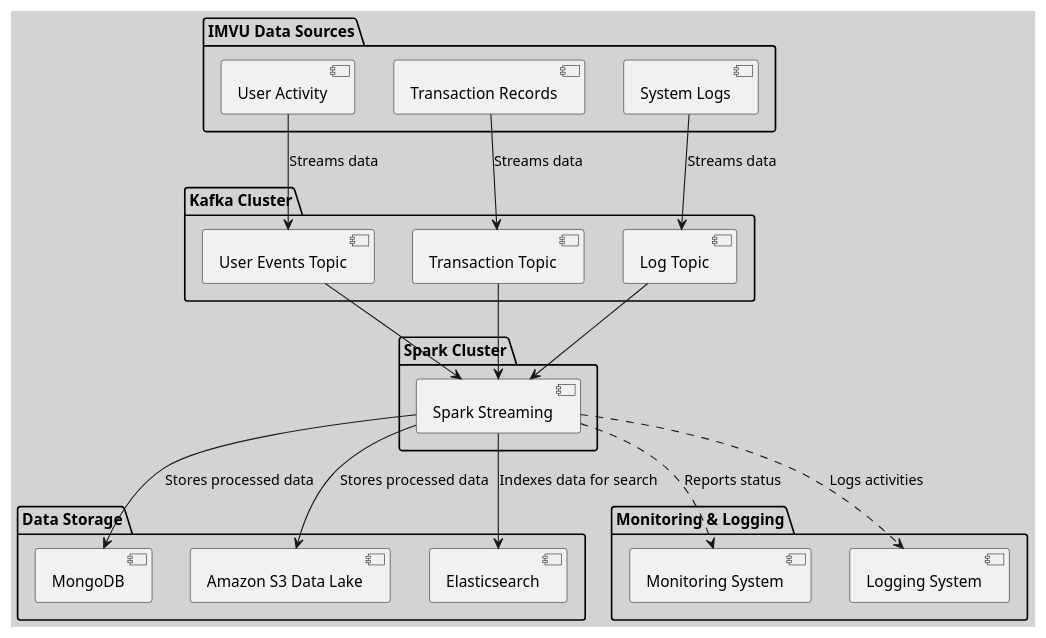
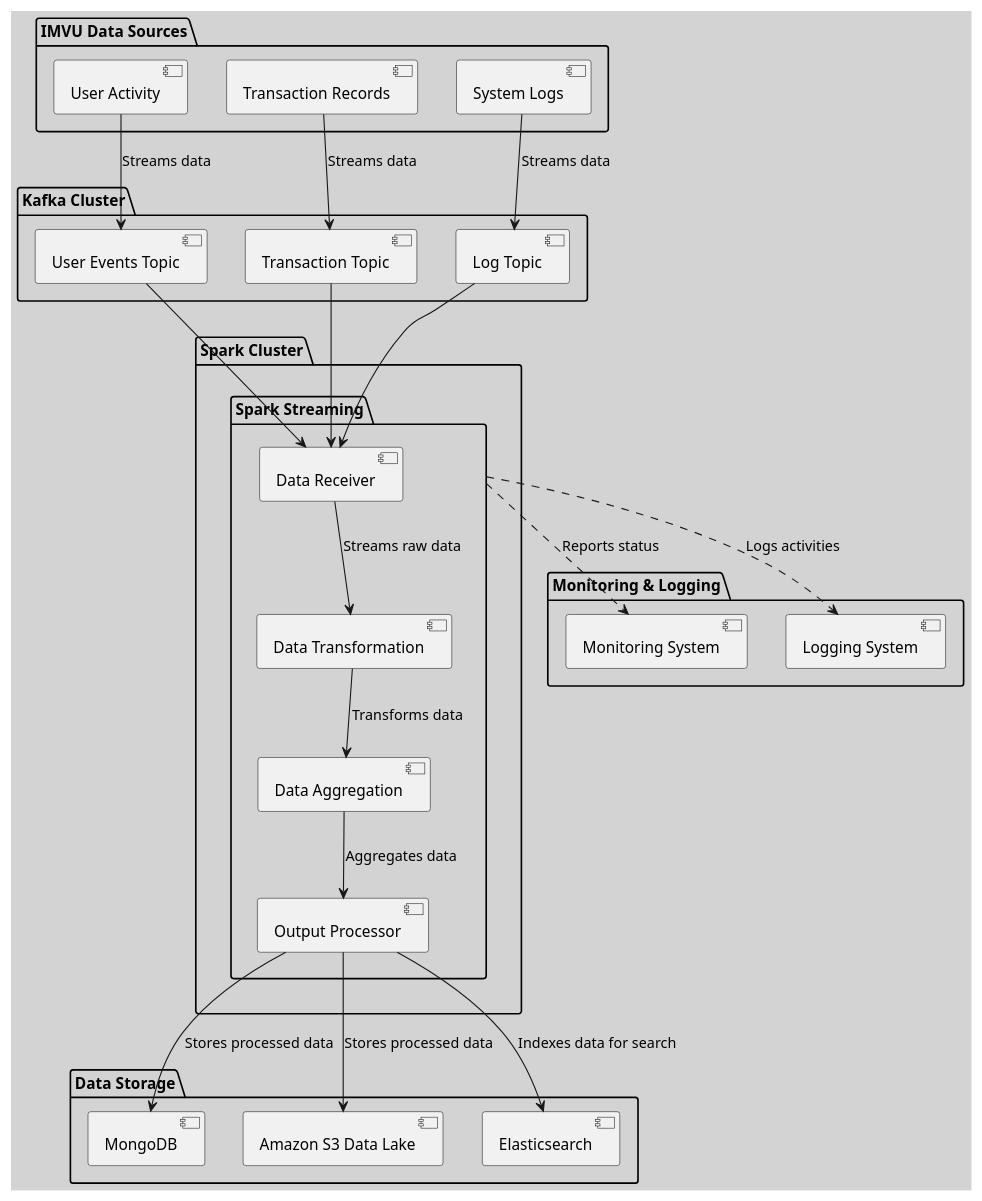
The diagram in imvu_system_architecture/imvu_kafka_spark_real_time_processing.puml (huangyingw/system_design), drawn with PlantUML before and after one commit.

```diff
--- a/imvu_system_architecture/imvu_kafka_spark_real_time_processing.puml
+++ b/imvu_system_architecture/imvu_kafka_spark_real_time_processing.puml
@@ -1,46 +1,55 @@
 @startuml
 skinparam backgroundColor #D3D3D3
 
 package "IMVU Data Sources" {
     [User Activity]
     [Transaction Records]
     [System Logs]
 }
 
 package "Kafka Cluster" {
     [User Events Topic]
     [Transaction Topic]
     [Log Topic]
 }
 
 package "Spark Cluster" {
-    [Spark Streaming]
+    package "Spark Streaming" {
+        [Data Receiver] as Receiver
+        [Data Transformation] as Transformation
+        [Data Aggregation] as Aggregation
+        [Output Processor] as Output
+
+        Receiver --> Transformation : Streams raw data
+        Transformation --> Aggregation : Transforms data
+        Aggregation --> Output : Aggregates data
+    }
 }
 
 package "Data Storage" {
     [MongoDB]
     [Amazon S3 Data Lake]
     [Elasticsearch]
 }
 
 package "Monitoring & Logging" {
     [Monitoring System]
     [Logging System]
 }
 
 [User Activity] --> [User Events Topic] : Streams data
 [Transaction Records] --> [Transaction Topic] : Streams data
 [System Logs] --> [Log Topic] : Streams data
 
-[User Events Topic] --> [Spark Streaming]
-[Transaction Topic] --> [Spark Streaming]
-[Log Topic] --> [Spark Streaming]
+[User Events Topic] --> Receiver
+[Transaction Topic] --> Receiver
+[Log Topic] --> Receiver
 
-[Spark Streaming] --> [MongoDB] : Stores processed data
-[Spark Streaming] --> [Amazon S3 Data Lake] : Stores processed data
-[Spark Streaming] --> [Elasticsearch] : Indexes data for search
+Output --> [MongoDB] : Stores processed data
+Output --> [Amazon S3 Data Lake] : Stores processed data
+Output --> [Elasticsearch] : Indexes data for search
 
 [Spark Streaming] ..> [Monitoring System] : Reports status
 [Spark Streaming] ..> [Logging System] : Logs activities
 
 @enduml
```
